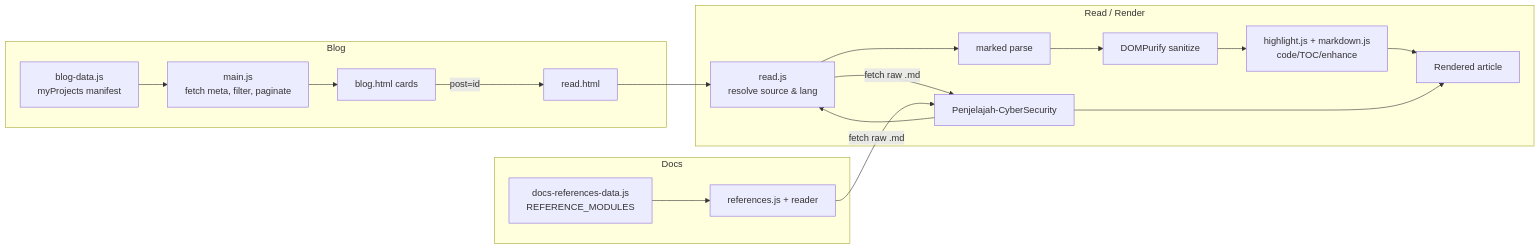
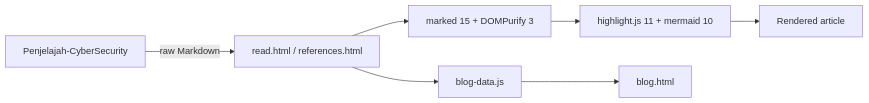
The diagram in README.md (iMoon07/imoon07.github.io), drawn with Mermaid before and after one commit. The commit also changed other lines of this file, not shown here.

````diff
--- a/README.md
+++ b/README.md
@@ -93,24 +30,9 @@
 ```mermaid
 flowchart LR
-    subgraph BlogFlow[Blog]
-        BD[blog-data.js\nmyProjects manifest] --> MJ[main.js\nfetch meta, filter, paginate]
-        MJ --> BL[blog.html cards]
-        BL -->|post=id| RD[read.html]
-    end
-
-    subgraph ReadFlow[Read / Render]
-        RD --> RJ[read.js\nresolve source & lang]
-        RJ -->|fetch raw .md| CR[Penjelajah-CyberSecurity]
-        CR --> RJ
-        RJ --> MK[marked parse]
-        MK --> DP[DOMPurify sanitize]
-        DP --> HL[highlight.js + markdown.js\ncode/TOC/enhance]
-        HL --> OUT[Rendered article]
-    end
-
-    subgraph DocsFlow[Docs]
-        DM[docs-references-data.js\nREFERENCE_MODULES] --> RF[references.js + reader]
-        RF -->|fetch raw .md| CR
-        CR --> OUT
-    end
+    C[Penjelajah-CyberSecurity] -->|raw Markdown| R[read.html / references.html]
+    R --> M[marked 15 + DOMPurify 3]
+    M --> H[highlight.js 11 + mermaid 10]
+    H --> V[Rendered article]
+    D[blog-data.js] --> B[blog.html]
+    R --> D
 ```
````
